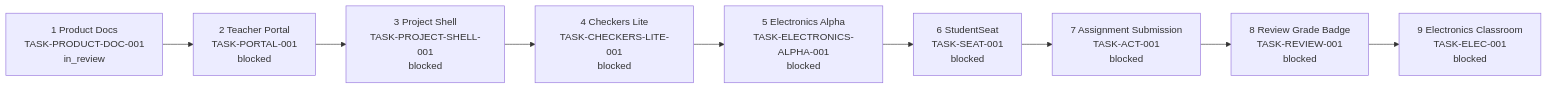
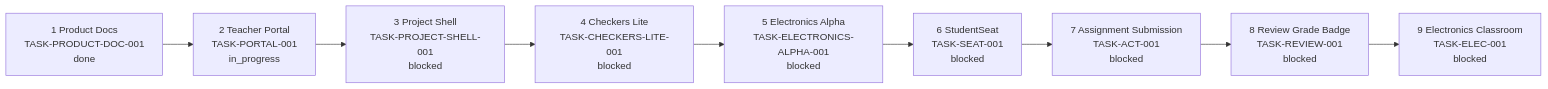
The first of 6 diagrams in docs/project-map/PROJECT_MAP.md (spikeal8-maker/asa-lab), drawn with Mermaid before and after one commit. The commit also changed 2 other files, not shown here.

Commit message:
chore(map): after-merge transition to TASK-PORTAL-001
Mandatory Milestone 0 transition per Issue #18: TASK-PRODUCT-DOC-001 and product/delivery document nodes -> done; TASK-PORTAL-001 -> in_progress and current_focus; PHASE-0 done, PHASE-1 in_progress; TRACK-TECH-ALPHA in_progress; affected portal nodes (APP-WEB, CTX-IDENTITY/ORG/CLASSROOM, DATA-PG) in_progress; PROJECT_MAP.md synchronized.

````diff
--- a/docs/project-map/PROJECT_MAP.md
+++ b/docs/project-map/PROJECT_MAP.md
@@ -21,14 +21,14 @@
 ```mermaid
 flowchart LR
-    DOC[1 Product Docs<br/>TASK-PRODUCT-DOC-001<br/>in_review]
-    PORTAL[2 Teacher Portal<br/>TASK-PORTAL-001<br/>blocked]
+    DOC[1 Product Docs<br/>TASK-PRODUCT-DOC-001<br/>done]
+    PORTAL[2 Teacher Portal<br/>TASK-PORTAL-001<br/>in_progress]
     PROJECT[3 Project Shell<br/>TASK-PROJECT-SHELL-001<br/>blocked]
     CHECKERS[4 Checkers Lite<br/>TASK-CHECKERS-LITE-001<br/>blocked]
     EALPHA[5 Electronics Alpha<br/>TASK-ELECTRONICS-ALPHA-001<br/>blocked]
     SEAT[6 StudentSeat<br/>TASK-SEAT-001<br/>blocked]
     ACT[7 Assignment Submission<br/>TASK-ACT-001<br/>blocked]
     REVIEW[8 Review Grade Badge<br/>TASK-REVIEW-001<br/>blocked]
     EFULL[9 Electronics Classroom<br/>TASK-ELEC-001<br/>blocked]
 
     DOC --> PORTAL --> PROJECT --> CHECKERS --> EALPHA --> SEAT --> ACT --> REVIEW --> EFULL
 ```
````
